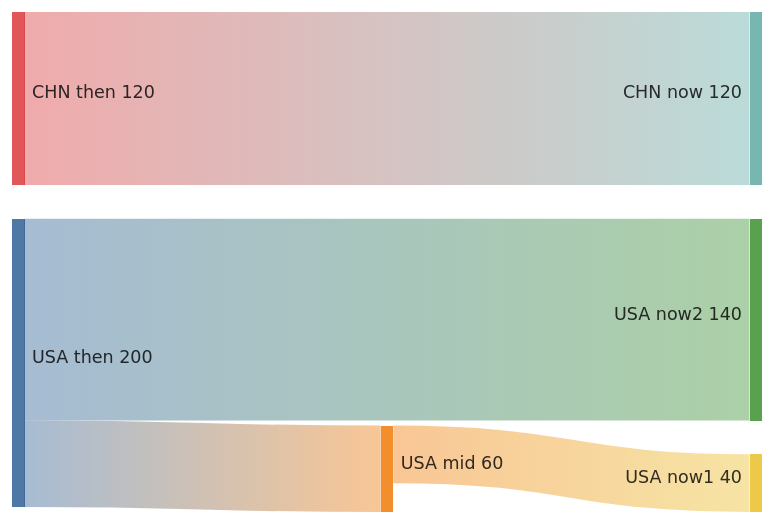
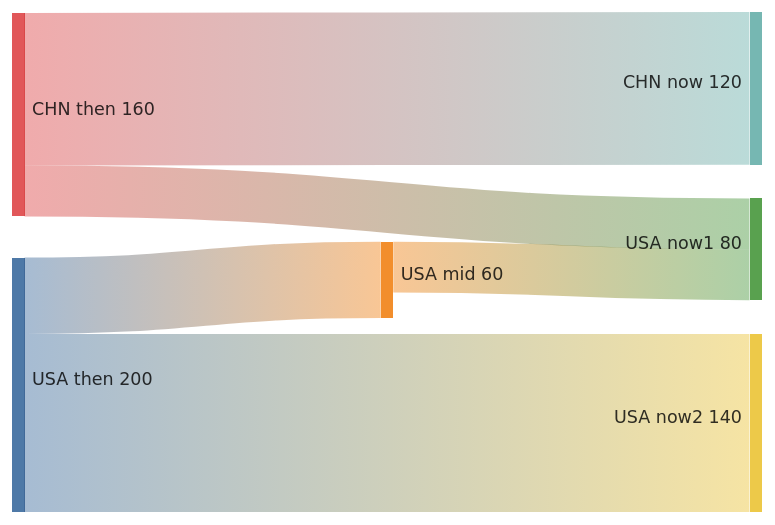
The first of 3 diagrams in work-notes/sankey.md (Tellusant/docs), drawn with Mermaid before and after one commit.

```diff
--- a/work-notes/sankey.md
+++ b/work-notes/sankey.md
@@ -3,10 +3,11 @@
 <div class="mermaid">
 
 sankey
 
 USA then,USA mid,60
 CHN then,CHN now,120
+CHN then, USA now1, 40
 USA then,USA now2,140
 USA mid, USA now1,40
 
 </div>
```
